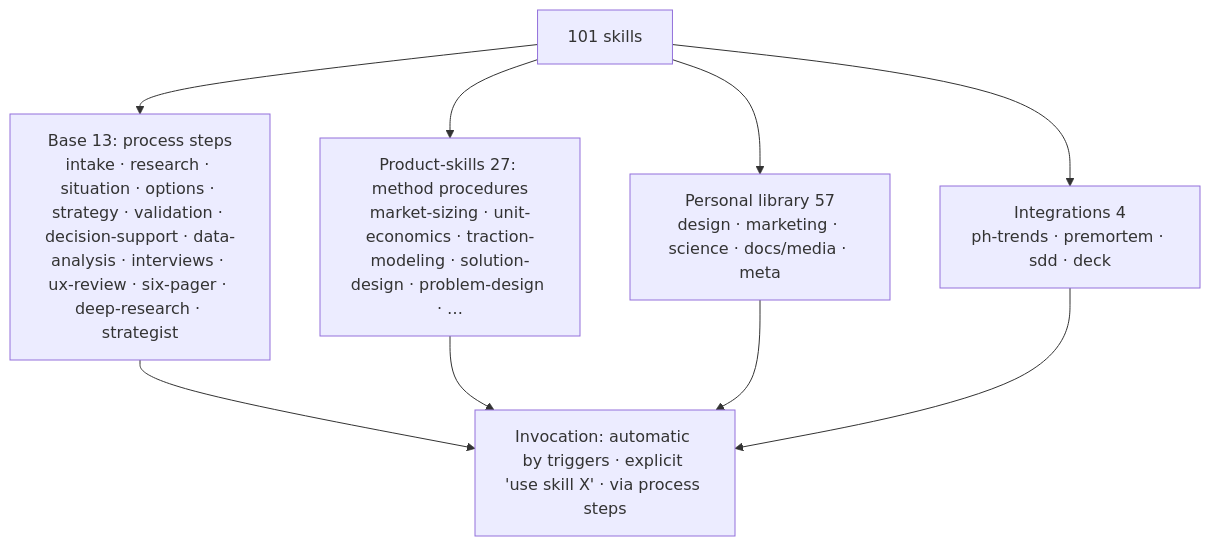
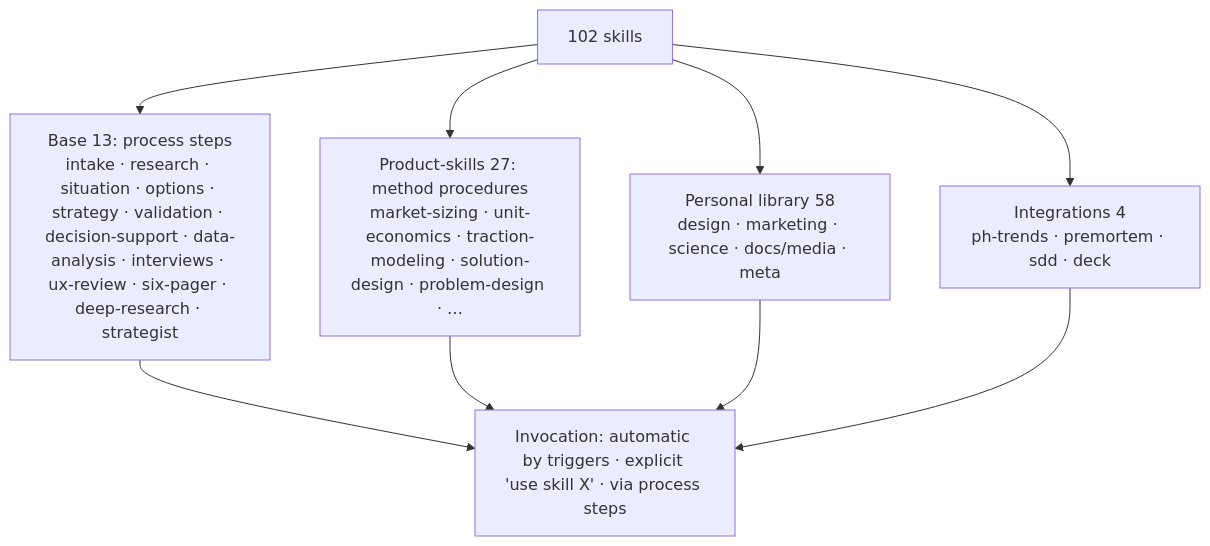
One commit to Fighter90/product-factory-strategist changed the third of 4 diagrams in README_EN.md. Above: the diagram before and after it, drawn with Mermaid. The commit also changed other lines of this file and 13 other files, not shown here.

Commit message:
fix(demo): 05 заголовок «Подтверждение», 03 тег A5; SIX_PAGER.docx пересобран

````diff
--- a/README_EN.md
+++ b/README_EN.md
@@ -181,8 +181,8 @@
 ```mermaid
 flowchart TB
-  SK["101 skills"] --> B["Base 13: process steps<br/>intake · research · situation · options · strategy · validation · decision-support · data-analysis · interviews · ux-review · six-pager · deep-research · strategist"]
+  SK["102 skills"] --> B["Base 13: process steps<br/>intake · research · situation · options · strategy · validation · decision-support · data-analysis · interviews · ux-review · six-pager · deep-research · strategist"]
   SK --> P["Product-skills 27: method procedures<br/>market-sizing · unit-economics · traction-modeling · solution-design · problem-design · …"]
-  SK --> L["Personal library 57<br/>design · marketing · science · docs/media · meta"]
+  SK --> L["Personal library 58<br/>design · marketing · science · docs/media · meta"]
   SK --> INT["Integrations 4<br/>ph-trends · premortem · sdd · deck"]
   B & P & L & INT --> INV["Invocation: automatic by triggers · explicit 'use skill X' · via process steps"]
 ```
````
